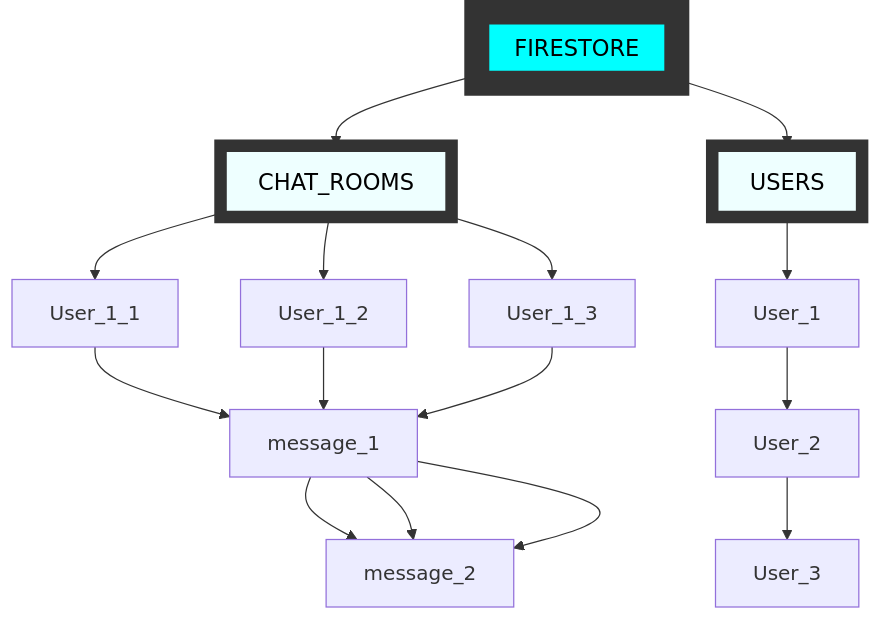
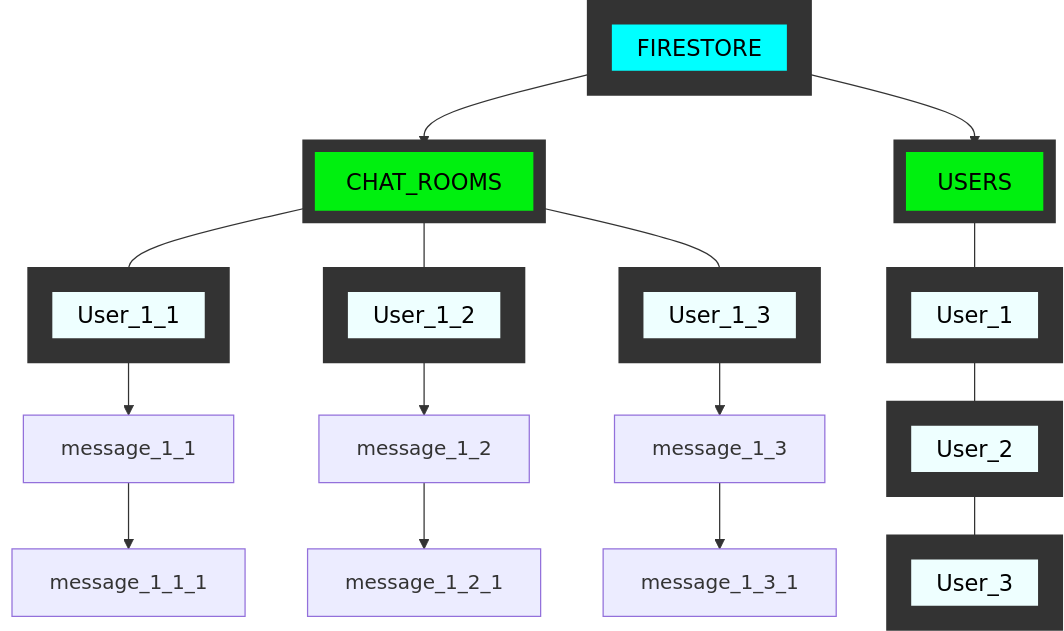
The diagram in README.md (Farizaaaa/Talksy), drawn with Mermaid before and after one commit. The commit also changed other lines of this file, not shown here.

Commit message:
completed flowchart README.md

````diff
--- a/README.md
+++ b/README.md
@@ -8,21 +8,27 @@
 ```mermaid
 graph TD
     FIRESTORE --> CHAT_ROOMS
     FIRESTORE --> USERS
     USERS --> User_1  
     User_1 --> User_2
 User_2 --> User_3
     CHAT_ROOMS --> User_1_1
 CHAT_ROOMS --> User_1_2
 CHAT_ROOMS --> User_1_3
-User_1_1 --> message_1
-User_1_2 --> message_1
-User_1_3 --> message_1
-message_1 --> message_2
-message_1 --> message_2
-message_1 --> message_2
+User_1_1 --> message_1_1
+User_1_2 --> message_1_2
+User_1_3 --> message_1_3
+message_1_1 --> message_1_1_1
+message_1_2 --> message_1_2_1
+message_1_3 --> message_1_3_1
 
     style FIRESTORE fill:#00FFFF,stroke:#333,stroke-width:20px,font-size:18px,padding:10px,color:#000000
-    style USERS fill:#EEFFFF,stroke:#333,stroke-width:10px,font-size:18px,padding:10px,color:#000000
-    style CHAT_ROOMS fill:#EEFFFF,stroke:#333,stroke-width:10px,font-size:18px,padding:10px,color:#000000
+    style USERS fill:#00F00F,stroke:#333,stroke-width:10px,font-size:18px,padding:10px,color:#000000
+    style CHAT_ROOMS fill:#00F00F,stroke:#333,stroke-width:10px,font-size:18px,padding:10px,color:#000000
+    style User_1 fill:#EEFFFF,stroke:#333,stroke-width:20px,font-size:18px,padding:10px,color:#000000
+ style User_2 fill:#EEFFFF,stroke:#333,stroke-width:20px,font-size:18px,padding:10px,color:#000000
+ style User_3 fill:#EEFFFF,stroke:#333,stroke-width:20px,font-size:18px,padding:10px,color:#000000
+style User_1_1 fill:#EEFFFF,stroke:#333,stroke-width:20px,font-size:18px,padding:10px,color:#000000
+ style User_1_2 fill:#EEFFFF,stroke:#333,stroke-width:20px,font-size:18px,padding:10px,color:#000000
+ style User_1_3 fill:#EEFFFF,stroke:#333,stroke-width:20px,font-size:18px,padding:10px,color:#000000
 ```
````
